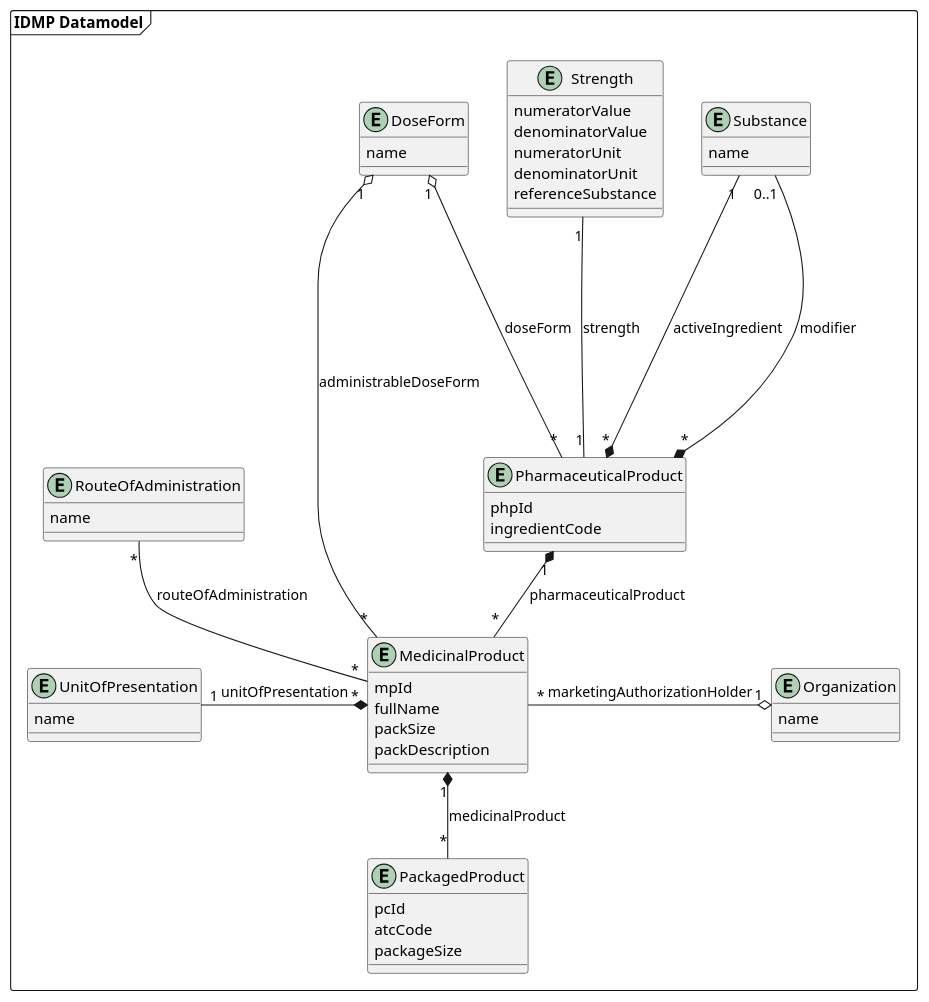
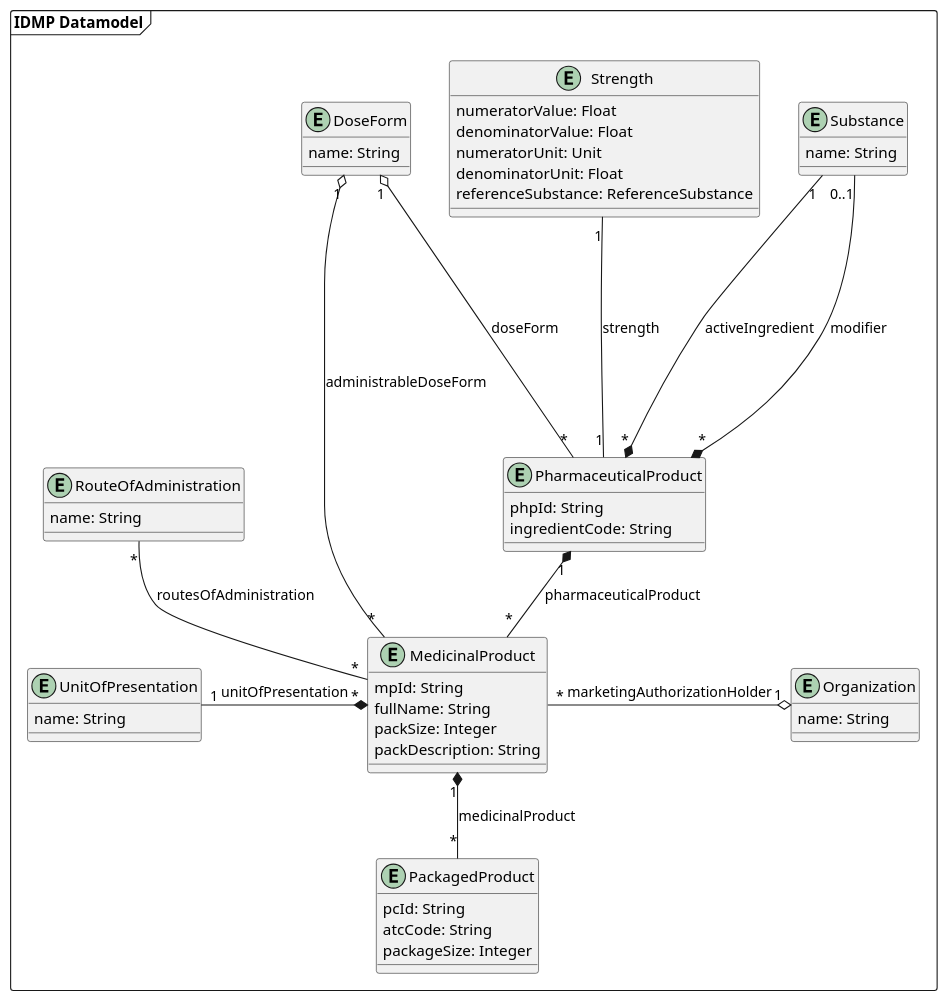
Before and after one commit to unicom-project-eu/wp6-db-api: the diagram in uml/class/datamodel.puml, drawn with PlantUML.

Commit message:
Added types to attributes

```diff
--- a/uml/class/datamodel.puml
+++ b/uml/class/datamodel.puml
@@ -1,69 +1,69 @@
 @startuml
 'https://plantuml.com/class-diagram
 
 package "IDMP Datamodel" as idmpDatamodel <<frame>> {
     entity RouteOfAdministration {
-        name
+        name: String
     }
 
     entity UnitOfPresentation {
-        name
+        name: String
     }
 
     together {
         entity DoseForm {
-            name
+            name: String
         }
 
         entity Strength {
-            numeratorValue
-            denominatorValue
-            numeratorUnit
-            denominatorUnit
-            referenceSubstance
+            numeratorValue: Float
+            denominatorValue: Float
+            numeratorUnit: Unit
+            denominatorUnit: Float
+            referenceSubstance: ReferenceSubstance
         }
 
         entity Substance {
-            name
+            name: String
         }
     }
 
     entity PharmaceuticalProduct {
-        phpId
-        ingredientCode
+        phpId: String
+        ingredientCode: String
     }
 
     entity MedicinalProduct {
-        mpId
-        fullName
-        packSize
-        packDescription
+        mpId: String
+        fullName: String
+        packSize: Integer
+        packDescription: String
     }
 
     entity PackagedProduct {
-        pcId
-        atcCode
-        packageSize
+        pcId: String
+        atcCode: String
+        packageSize: Integer
     }
 
     entity Organization {
-        name
+        name: String
     }
 
     Substance "1" ----* "*" PharmaceuticalProduct : activeIngredient
     Substance "0..1" ----* "*" PharmaceuticalProduct : modifier
     DoseForm "1" o-- "*" PharmaceuticalProduct : doseForm
     Strength "1" -- "1" PharmaceuticalProduct : strength
 
     PharmaceuticalProduct "1" *-- "*" MedicinalProduct : pharmaceuticalProduct
 
     MedicinalProduct "1" *-- "*" PackagedProduct : medicinalProduct
     MedicinalProduct "*" --o "1" DoseForm : administrableDoseForm
-    RouteOfAdministration "*" - "*" MedicinalProduct : routeOfAdministration
+    RouteOfAdministration "*" - "*" MedicinalProduct : routesOfAdministration
     UnitOfPresentation "1" -* "*" MedicinalProduct : unitOfPresentation
 
     MedicinalProduct "*" -o "1" Organization : marketingAuthorizationHolder
 
     RouteOfAdministration -[hidden]-> UnitOfPresentation
 }
 @enduml
```
